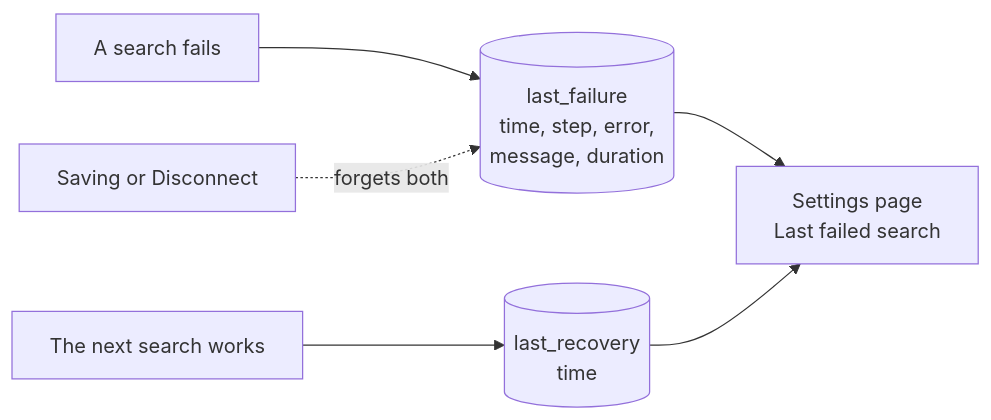
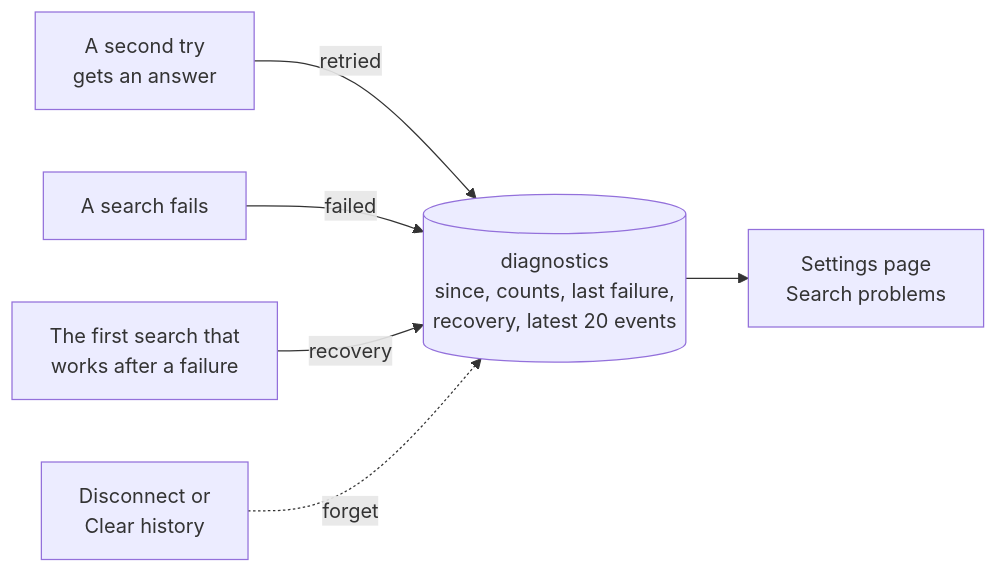
Before and after one commit to Dennis-Otto/paperless-unified-search: the third of 5 diagrams in docs/architecture.md, drawn with Mermaid. The commit also changed other lines of this file and 25 other files, not shown here.

First line of the commit message:
feat(settings): keep a history of the problems of the search (#80)

````diff
--- a/docs/architecture.md
+++ b/docs/architecture.md
@@ -86,8 +86,8 @@
 ```mermaid
 flowchart LR
-    search["A search fails"] --> failure[("last_failure<br/>time, step, error,<br/>message, duration")]
-    success["The next search works"] --> recovery[("last_recovery<br/>time")]
-    failure --> page["Settings page<br/>Last failed search"]
-    recovery --> page
-    save["Saving or Disconnect"] -. forgets both .-> failure
+    retry["A second try<br/>gets an answer"] -- retried --> history[("diagnostics<br/>since, counts, last failure,<br/>recovery, latest 20 events")]
+    search["A search fails"] -- failed --> history
+    success["The first search that<br/>works after a failure"] -- recovery --> history
+    history --> page["Settings page<br/>Search problems"]
+    clear["Disconnect or<br/>Clear history"] -. forget .-> history
 ```
````
